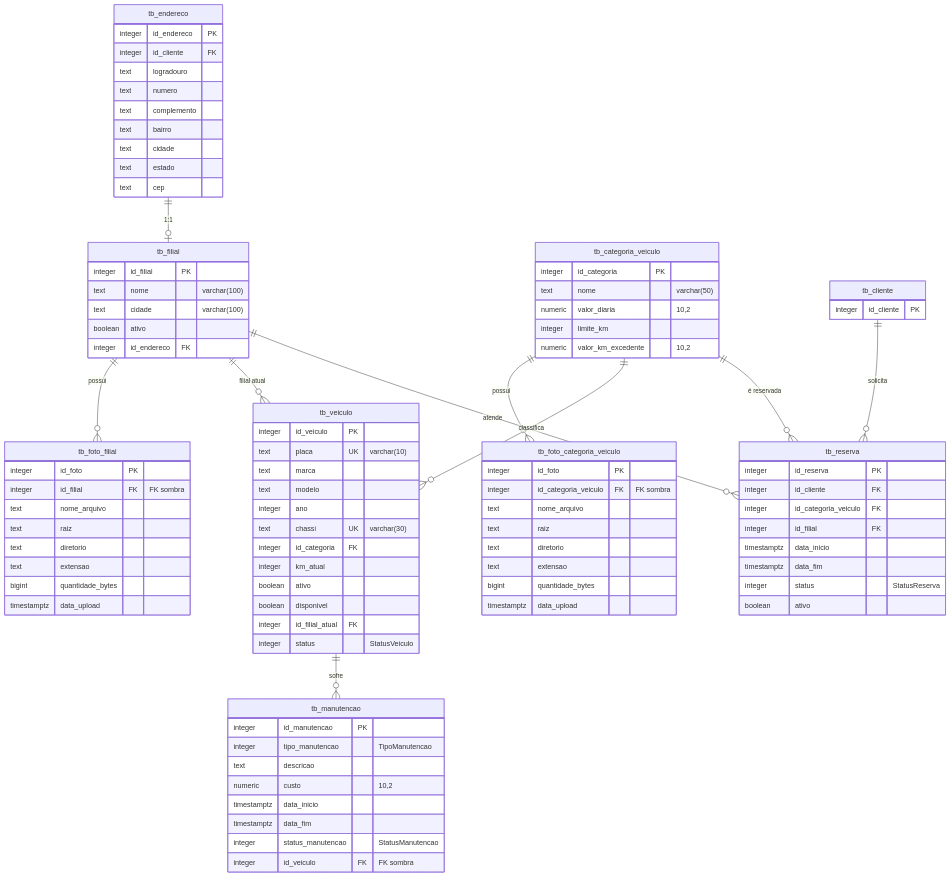
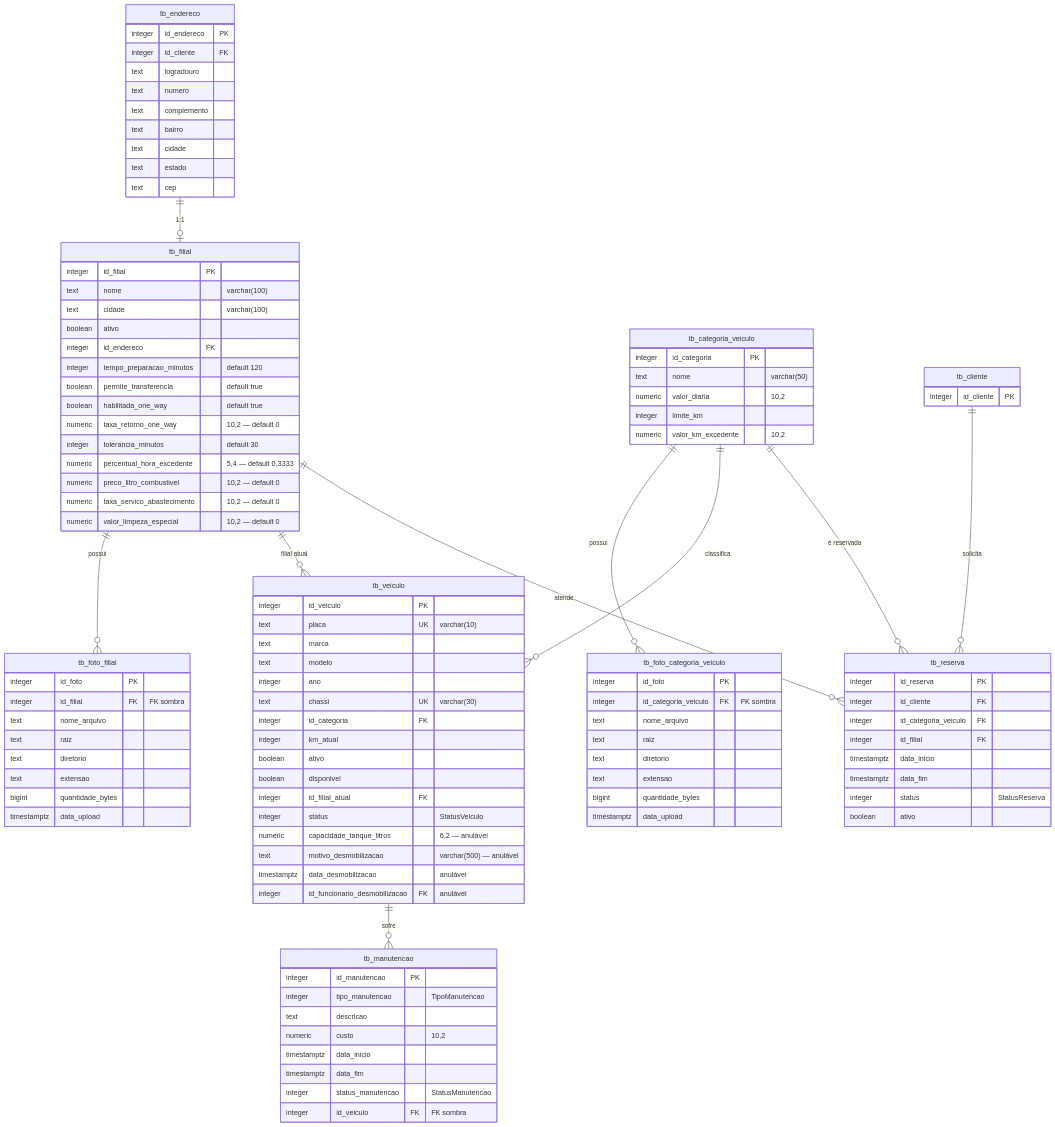
One commit to andreo210/Locadora_Auto changed the third of 4 diagrams in docs/03-modelo-entidade-relacionamento.md. Above: the diagram before and after it, drawn with Mermaid. The commit also changed other lines of this file and 29 other files, not shown here.

```diff
--- a/docs/03-modelo-entidade-relacionamento.md
+++ b/docs/03-modelo-entidade-relacionamento.md
@@ -196,6 +196,15 @@
         text cidade "varchar(100)"
         boolean ativo
         integer id_endereco FK
+        integer tempo_preparacao_minutos "default 120"
+        boolean permite_transferencia "default true"
+        boolean habilitada_one_way "default true"
+        numeric taxa_retorno_one_way "10,2 — default 0"
+        integer tolerancia_minutos "default 30"
+        numeric percentual_hora_excedente "5,4 — default 0,3333"
+        numeric preco_litro_combustivel "10,2 — default 0"
+        numeric taxa_servico_abastecimento "10,2 — default 0"
+        numeric valor_limpeza_especial "10,2 — default 0"
     }
 
     tb_endereco {
@@ -231,6 +240,10 @@
         boolean disponivel
         integer id_filial_atual FK
         integer status "StatusVeiculo"
+        numeric capacidade_tanque_litros "6,2 — anulável"
+        text motivo_desmobilizacao "varchar(500) — anulável"
+        timestamptz data_desmobilizacao "anulável"
+        integer id_funcionario_desmobilizacao FK "anulável"
     }
 
     tb_manutencao {
```
